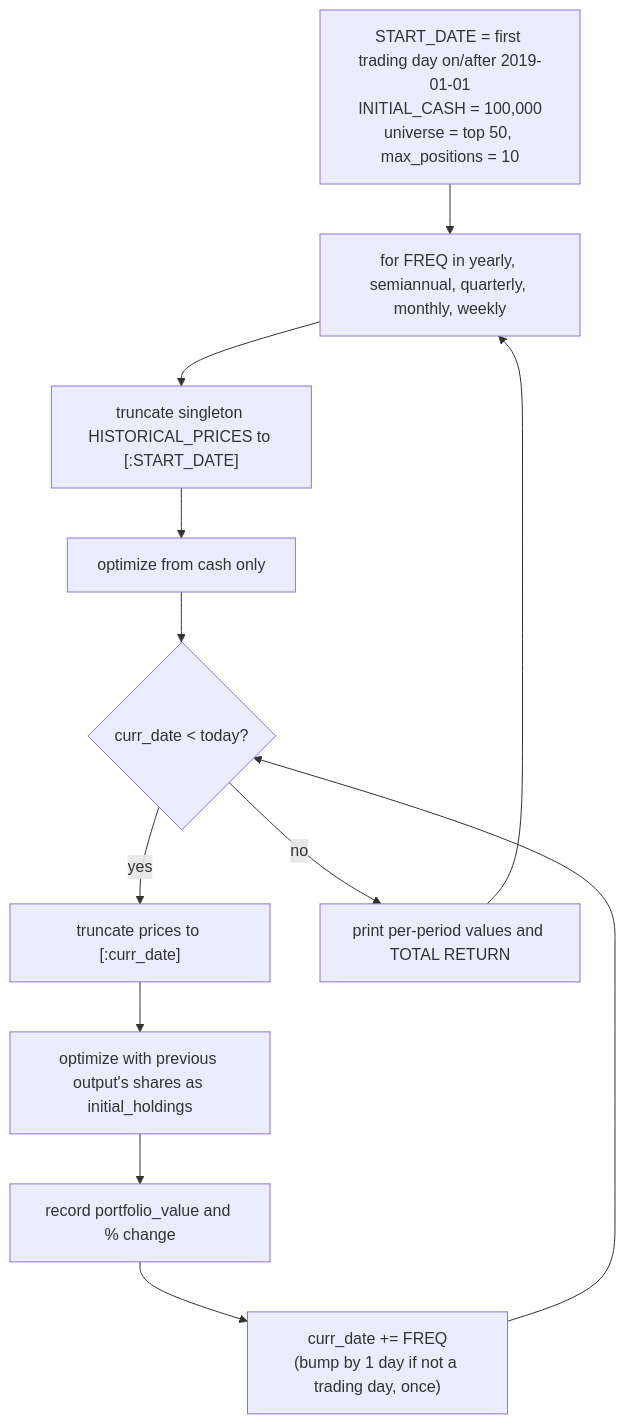
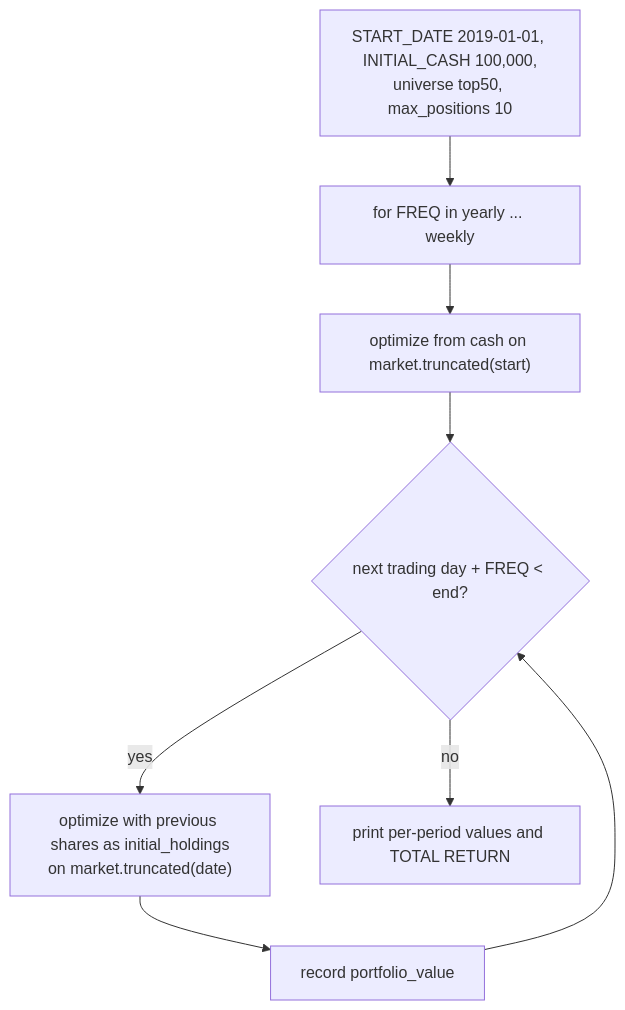
The seventh of 9 diagrams in ARCHITECTURE.md (rramboer/WolvWealth), drawn with Mermaid before and after one commit. The commit also changed other lines of this file and 68 other files, not shown here.

````diff
--- a/ARCHITECTURE.md
+++ b/ARCHITECTURE.md
@@ -375,14 +317,9 @@
 ```mermaid
 flowchart TD
-    S["START_DATE = first trading day on/after 2019-01-01<br/>INITIAL_CASH = 100,000<br/>universe = top 50, max_positions = 10"] --> F["for FREQ in yearly, semiannual, quarterly, monthly, weekly"]
-    F --> T["truncate singleton HISTORICAL_PRICES to [:START_DATE]"]
-    T --> O0["optimize from cash only"]
-    O0 --> L{"curr_date < today?"}
-    L -- yes --> T2["truncate prices to [:curr_date]"]
-    T2 --> O["optimize with previous output's shares as initial_holdings"]
-    O --> V["record portfolio_value and % change"]
-    V --> N["curr_date += FREQ<br/>(bump by 1 day if not a trading day, once)"]
-    N --> L
+    S["START_DATE 2019-01-01, INITIAL_CASH 100,000,<br/>universe top50, max_positions 10"] --> F["for FREQ in yearly ... weekly"]
+    F --> O0["optimize from cash on market.truncated(start)"]
+    O0 --> L{"next trading day + FREQ < end?"}
+    L -- yes --> O["optimize with previous shares as initial_holdings<br/>on market.truncated(date)"]
+    O --> V["record portfolio_value"] --> L
     L -- no --> P["print per-period values and TOTAL RETURN"]
-    P --> F
 ```
````
